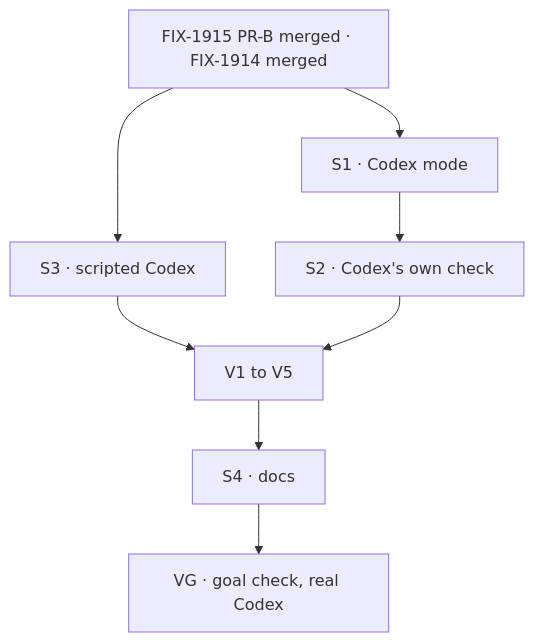
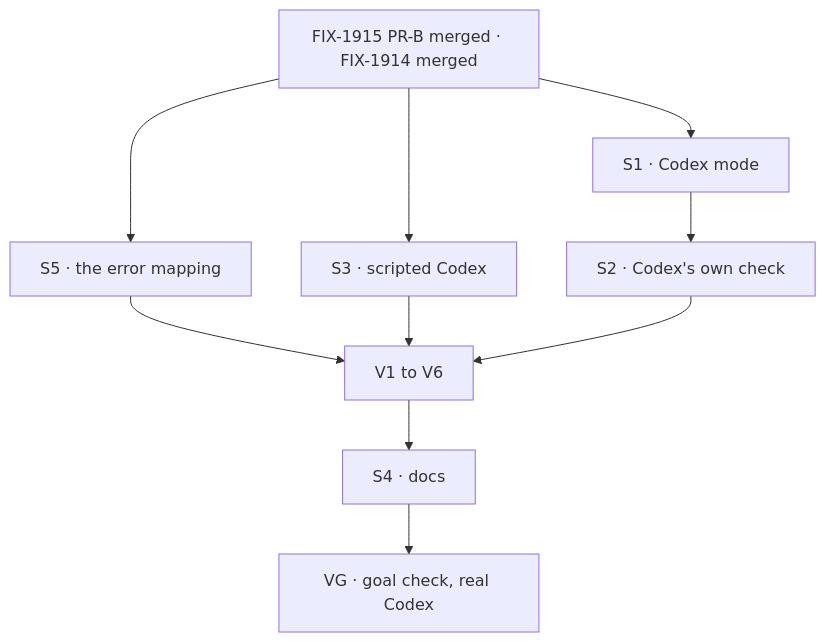
One commit to fixpoint-labs/flow-state-dev changed the diagram in specs/issues/FIX-1916/PLAN.md. Above: the diagram before and after it, drawn with Mermaid. The commit also changed other lines of this file and 13 other files, not shown here.

````diff
--- a/specs/issues/FIX-1916/PLAN.md
+++ b/specs/issues/FIX-1916/PLAN.md
@@ -24,10 +25,12 @@
 ```mermaid
 flowchart TD
   P["FIX-1915 PR-B merged · FIX-1914 merged"] --> S3["S3 · scripted Codex"]
   P --> S1["S1 · Codex mode"]
+  P --> S5["S5 · the error mapping"]
+  S5 --> V
   S1 --> S2["S2 · Codex's own check"]
-  S3 --> V["V1 to V5"]
+  S3 --> V["V1 to V6"]
   S2 --> V
   V --> S4["S4 · docs"]
   S4 --> VG["VG · goal check, real Codex"]
 ```
````
